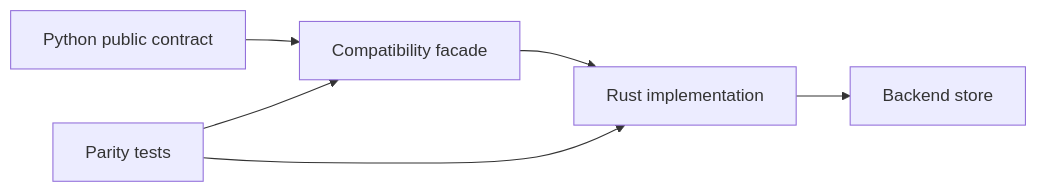
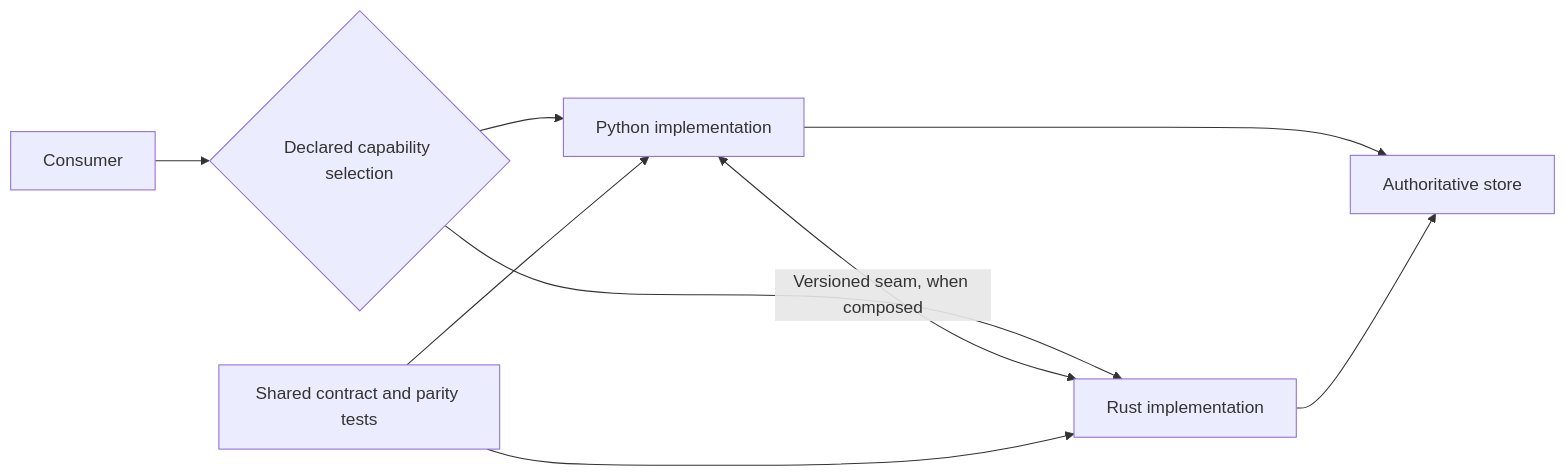
Before and after one commit to humblemat810/kogwistar-llm-wiki: the diagram in doc/kogwistar_rust_port_compatibility_reminder.md, drawn with Mermaid. The commit also changed other lines of this file and 1 other file, not shown here.

Commit message:
docs: align rust port guidance with dual-language strategy

````diff
--- a/doc/kogwistar_rust_port_compatibility_reminder.md
+++ b/doc/kogwistar_rust_port_compatibility_reminder.md
@@ -3,8 +11,11 @@
 ```mermaid
 flowchart LR
-    PYTHON[Python public contract] --> FACADE[Compatibility facade]
-    FACADE --> RUST[Rust implementation]
-    RUST --> STORE[Backend store]
-    TEST[Parity tests] --> FACADE
-    TEST --> RUST
+    CALLER[Consumer] --> SELECT{Declared capability selection}
+    SELECT --> PY[Python implementation]
+    SELECT --> RS[Rust implementation]
+    PY <-->|Versioned seam, when composed| RS
+    PY --> STORE[Authoritative store]
+    RS --> STORE
+    TEST[Shared contract and parity tests] --> PY
+    TEST --> RS
 ```
````
